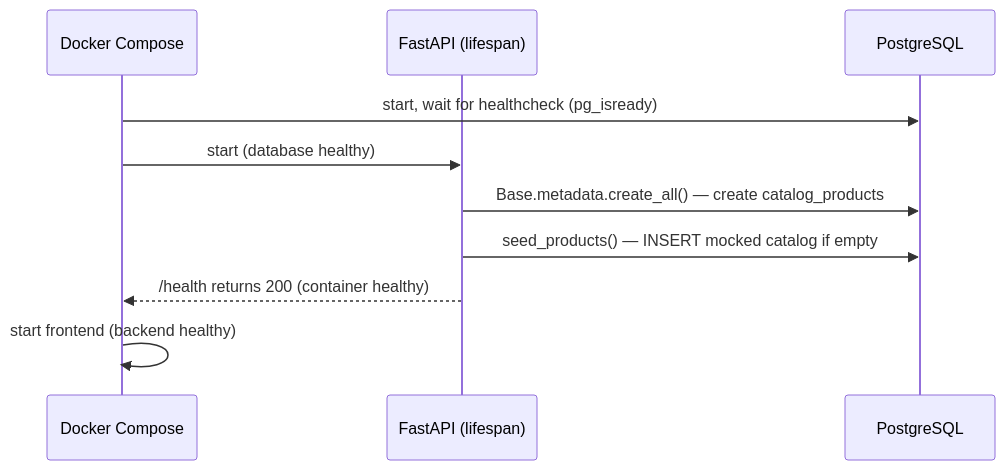
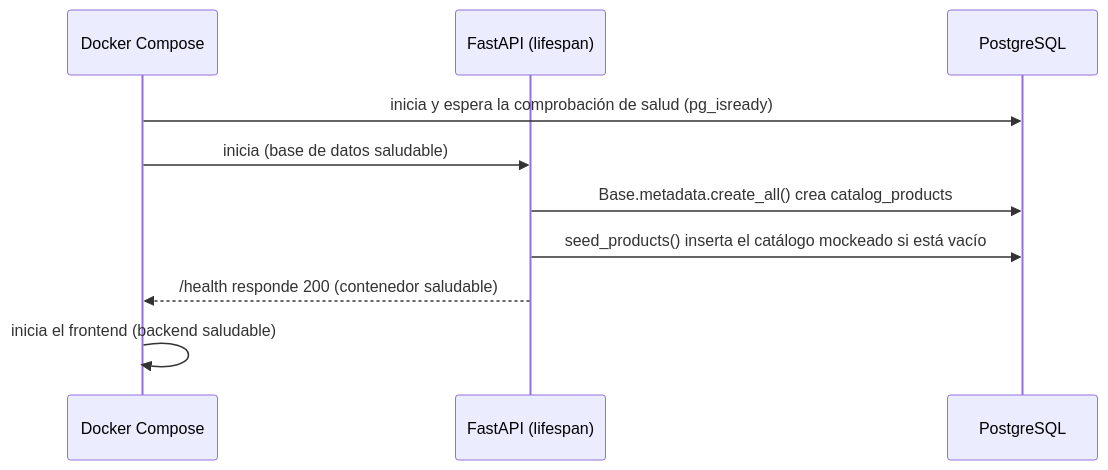
Before and after one commit to ISCOUTB/AS_202620_TIENDA-VIRTUAL-UTB: the third of 5 diagrams in docs/arc42/arc42-template-EN.md, drawn with Mermaid. The commit also changed other lines of this file and 5 other files, not shown here.

````diff
--- a/docs/arc42/arc42-template-EN.md
+++ b/docs/arc42/arc42-template-EN.md
@@ -243,12 +249,12 @@
 ```mermaid
 sequenceDiagram
     participant Compose as Docker Compose
     participant API as FastAPI (lifespan)
     participant DB as PostgreSQL
-    Compose->>DB: start, wait for healthcheck (pg_isready)
-    Compose->>API: start (database healthy)
-    API->>DB: Base.metadata.create_all() — create catalog_products
-    API->>DB: seed_products() — INSERT mocked catalog if empty
-    API-->>Compose: /health returns 200 (container healthy)
-    Compose->>Compose: start frontend (backend healthy)
+    Compose->>DB: inicia y espera la comprobación de salud (pg_isready)
+    Compose->>API: inicia (base de datos saludable)
+    API->>DB: Base.metadata.create_all() crea catalog_products
+    API->>DB: seed_products() inserta el catálogo mockeado si está vacío
+    API-->>Compose: /health responde 200 (contenedor saludable)
+    Compose->>Compose: inicia el frontend (backend saludable)
 ```
````
